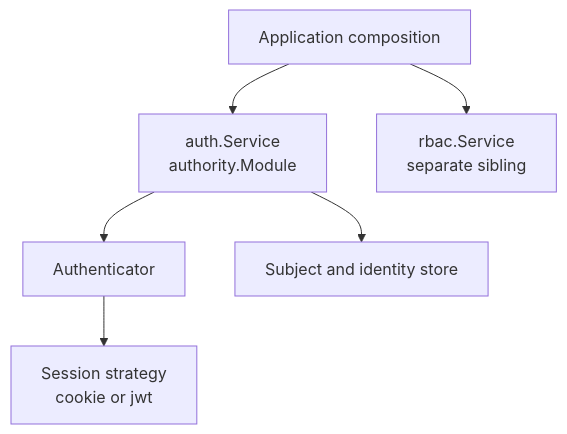
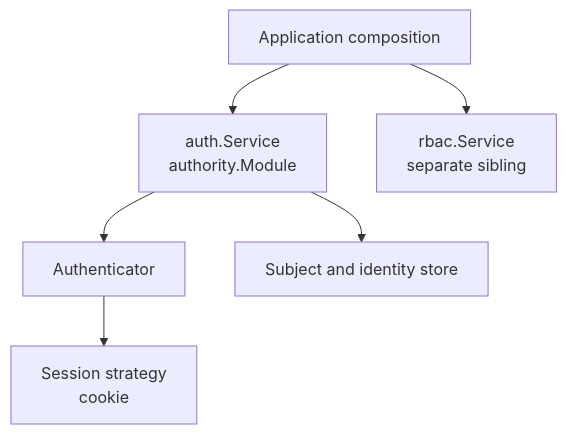
Before and after one commit to webtyp/auth: the second of 3 diagrams in docs/ARCHITECTURE.md, drawn with Mermaid. The commit also changed other lines of this file and 25 other files, not shown here.

````diff
--- a/docs/ARCHITECTURE.md
+++ b/docs/ARCHITECTURE.md
@@ -51,8 +53,8 @@
 ```mermaid
 flowchart TD
     A[Application composition] --> B[auth.Service<br/>authority.Module]
     B --> C[Authenticator]
-    C --> D[Session strategy<br/>cookie or jwt]
+    C --> D[Session strategy<br/>cookie]
     B --> E[Subject and identity store]
     A --> F[rbac.Service<br/>separate sibling]
 ```
````
